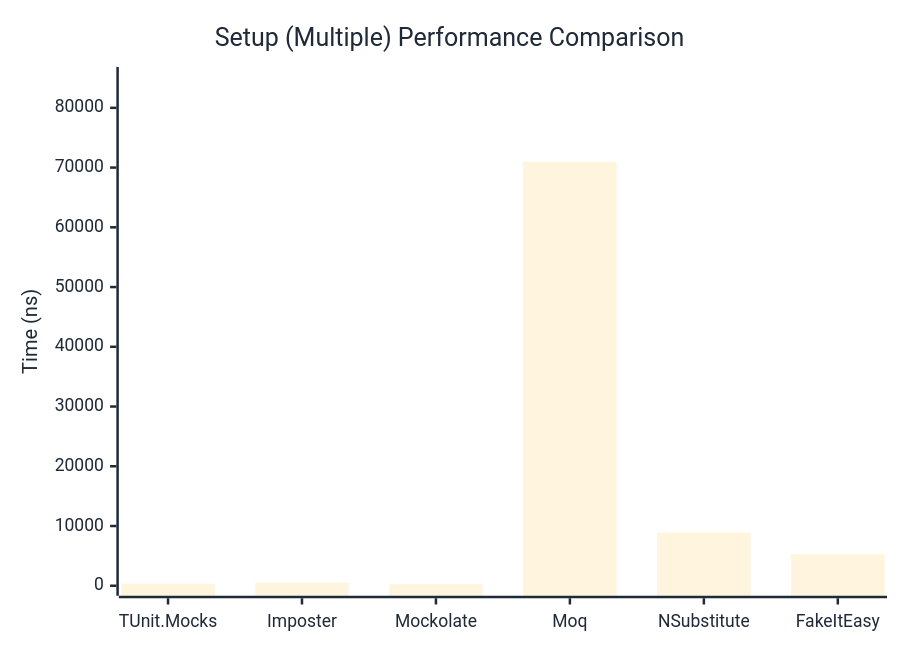
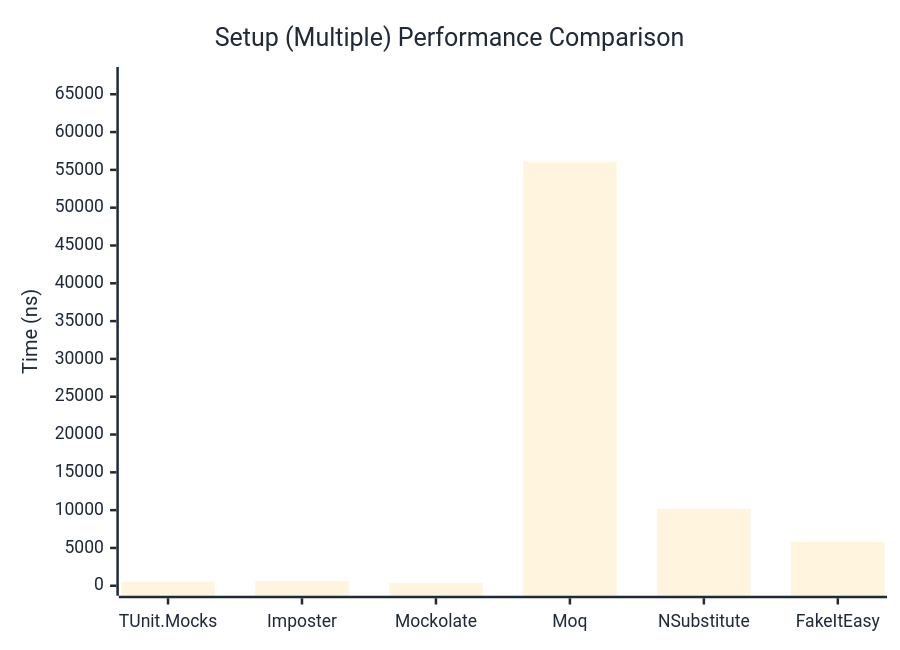
One commit to thomhurst/TUnit changed the second of 2 diagrams in docs/docs/benchmarks/mocks/Setup.md. Above: the diagram before and after it, drawn with Mermaid. The commit also changed other lines of this file and 14 other files, not shown here.

````diff
--- a/docs/docs/benchmarks/mocks/Setup.md
+++ b/docs/docs/benchmarks/mocks/Setup.md
@@ -71,27 +71,27 @@
 ```mermaid
 %%{init: {
   'theme':'base',
   'themeVariables': {
     'primaryColor': '#2563eb',
     'primaryTextColor': '#1f2937',
     'primaryBorderColor': '#1e40af',
     'lineColor': '#6b7280',
     'secondaryColor': '#7c3aed',
     'tertiaryColor': '#dc2626',
     'background': '#ffffff',
     'pie1': '#2563eb',
     'pie2': '#7c3aed',
     'pie3': '#dc2626',
     'pie4': '#f59e0b',
     'pie5': '#10b981',
     'pie6': '#06b6d4',
     'pie7': '#ec4899',
     'pie8': '#6366f1'
   }
 }}%%
 xychart-beta
   title "Setup (Multiple) Performance Comparison"
   x-axis ["TUnit.Mocks", "Imposter", "Mockolate", "Moq", "NSubstitute", "FakeItEasy"]
-  y-axis "Time (ns)" 0 --> 85163
-  bar [352.7, 508.2, 223.5, 70968.7, 8887.8, 5280.3]
+  y-axis "Time (ns)" 0 --> 67283
+  bar [541.9, 637.4, 349.5, 56068.7, 10160.5, 5810.8]
 ```
````
